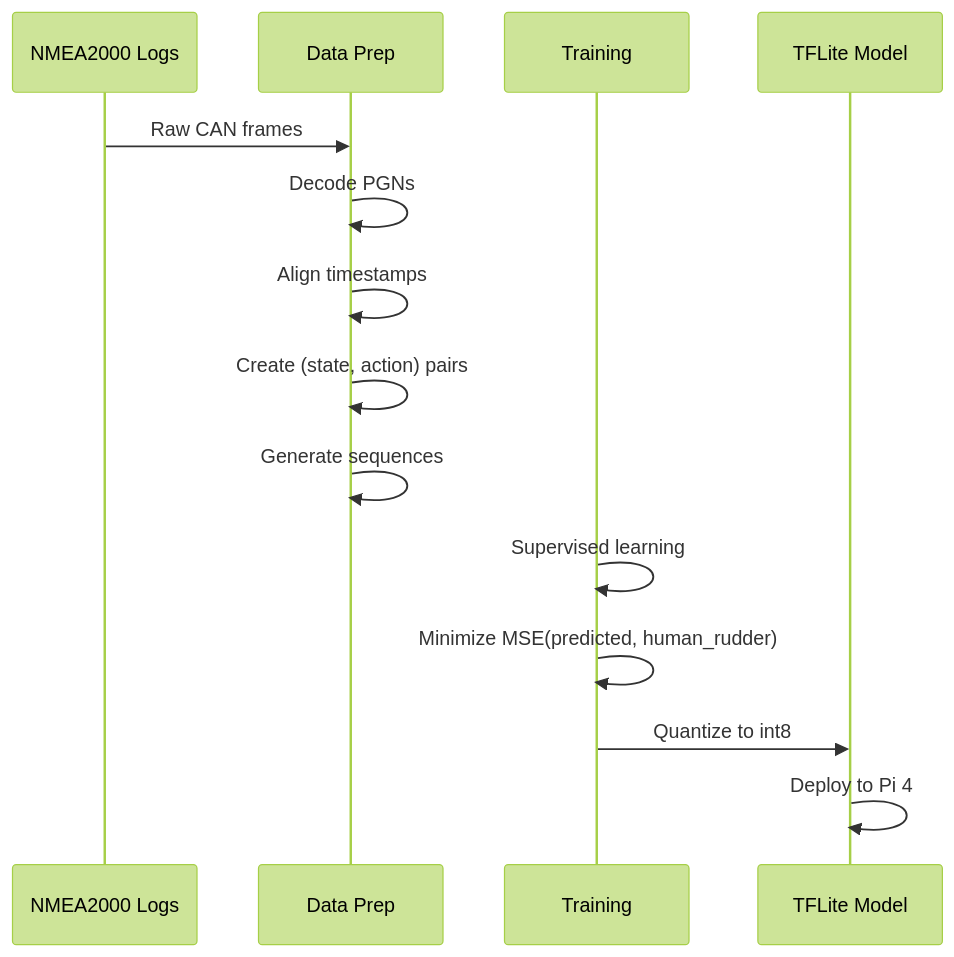
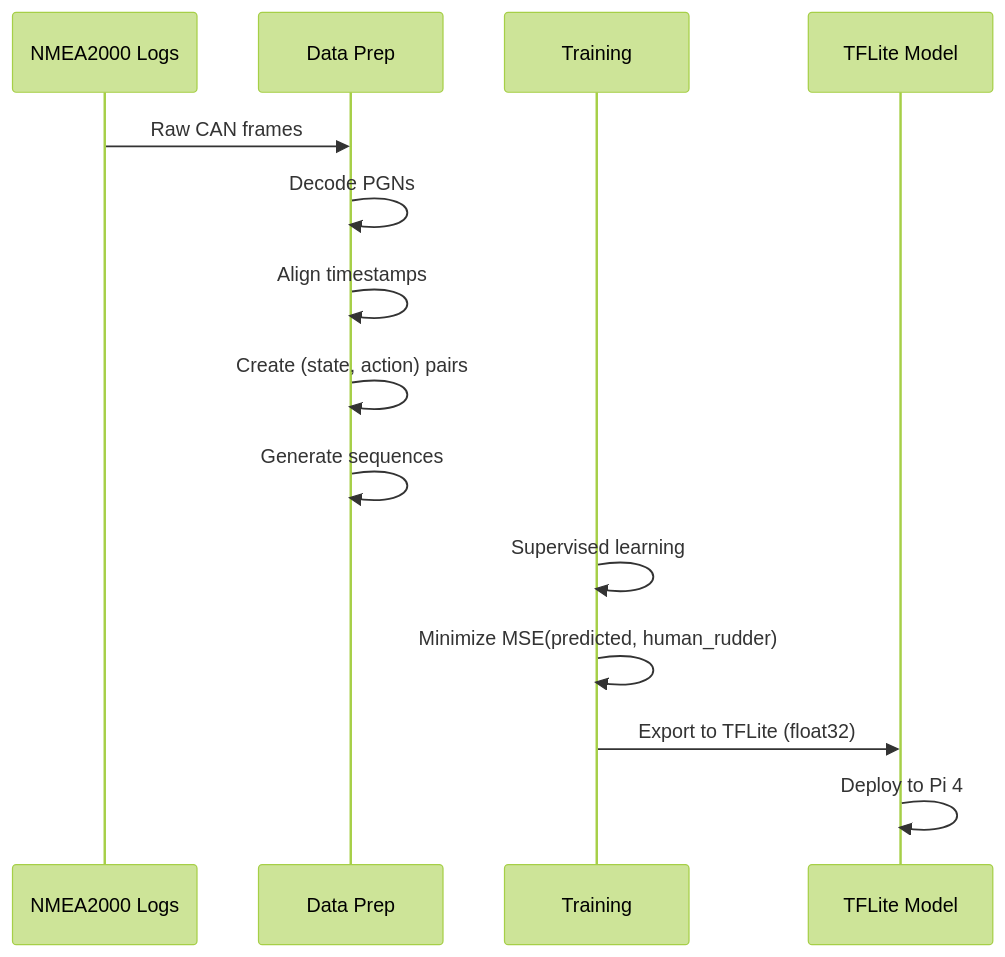
Before and after one commit to ieb/autopilot: the third of 4 diagrams in planning/implementation_plan.md, drawn with Mermaid (forest theme). The commit also changed other lines of this file and 1 other file, not shown here.

Commit message:
Design update, fixing paths and updating model

````diff
--- a/planning/implementation_plan.md
+++ b/planning/implementation_plan.md
@@ -324,17 +369,17 @@
 ```mermaid
 sequenceDiagram
     participant Logs as NMEA2000 Logs
     participant Prep as Data Prep
     participant Train as Training
     participant Model as TFLite Model
     
     Logs->>Prep: Raw CAN frames
     Prep->>Prep: Decode PGNs
     Prep->>Prep: Align timestamps
     Prep->>Prep: Create (state, action) pairs
     Prep->>Prep: Generate sequences
     Train->>Train: Supervised learning
     Train->>Train: Minimize MSE(predicted, human_rudder)
-    Train->>Model: Quantize to int8
+    Train->>Model: Export to TFLite (float32)
     Model->>Model: Deploy to Pi 4
 ```
````
